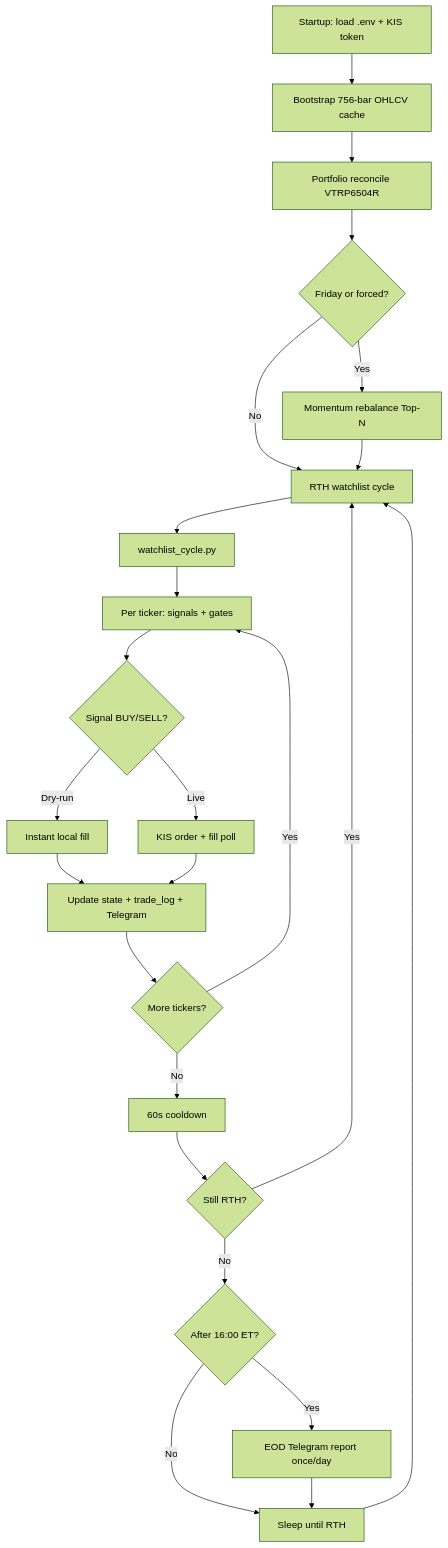
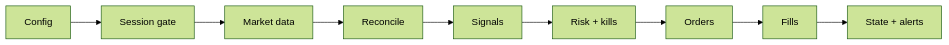
The diagram in README.md (yeongjin813/toss-trading-bot), drawn with Mermaid (forest theme) before and after one commit. The commit also changed other lines of this file and 7 other files, not shown here.

````diff
--- a/README.md
+++ b/README.md
@@ -93,26 +70,11 @@
 ```mermaid
-flowchart TD
-    A[Startup: load .env + KIS token] --> B[Bootstrap 756-bar OHLCV cache]
-    B --> C[Portfolio reconcile VTRP6504R]
-    C --> D{Friday or forced?}
-    D -->|Yes| E[Momentum rebalance Top-N]
-    D -->|No| F[RTH watchlist cycle]
-    E --> F
-    F --> F1[watchlist_cycle.py]
-    F1 --> G[Per ticker: signals + gates]
-    G --> H{Signal BUY/SELL?}
-    H -->|Dry-run| I[Instant local fill]
-    H -->|Live| J[KIS order + fill poll]
-    I --> K[Update state + trade_log + Telegram]
-    J --> K
-    K --> L{More tickers?}
-    L -->|Yes| G
-    L -->|No| M[60s cooldown]
-    M --> N{Still RTH?}
-    N -->|Yes| F
-    N -->|No| O{After 16:00 ET?}
-    O -->|Yes| P[EOD Telegram report once/day]
-    O -->|No| Q[Sleep until RTH]
-    P --> Q
-    Q --> F
+flowchart LR
+    A[Config] --> B[Session gate]
+    B --> C[Market data]
+    C --> D[Reconcile]
+    D --> E[Signals]
+    E --> F[Risk + kills]
+    F --> G[Orders]
+    G --> H[Fills]
+    H --> I[State + alerts]
 ```
````
